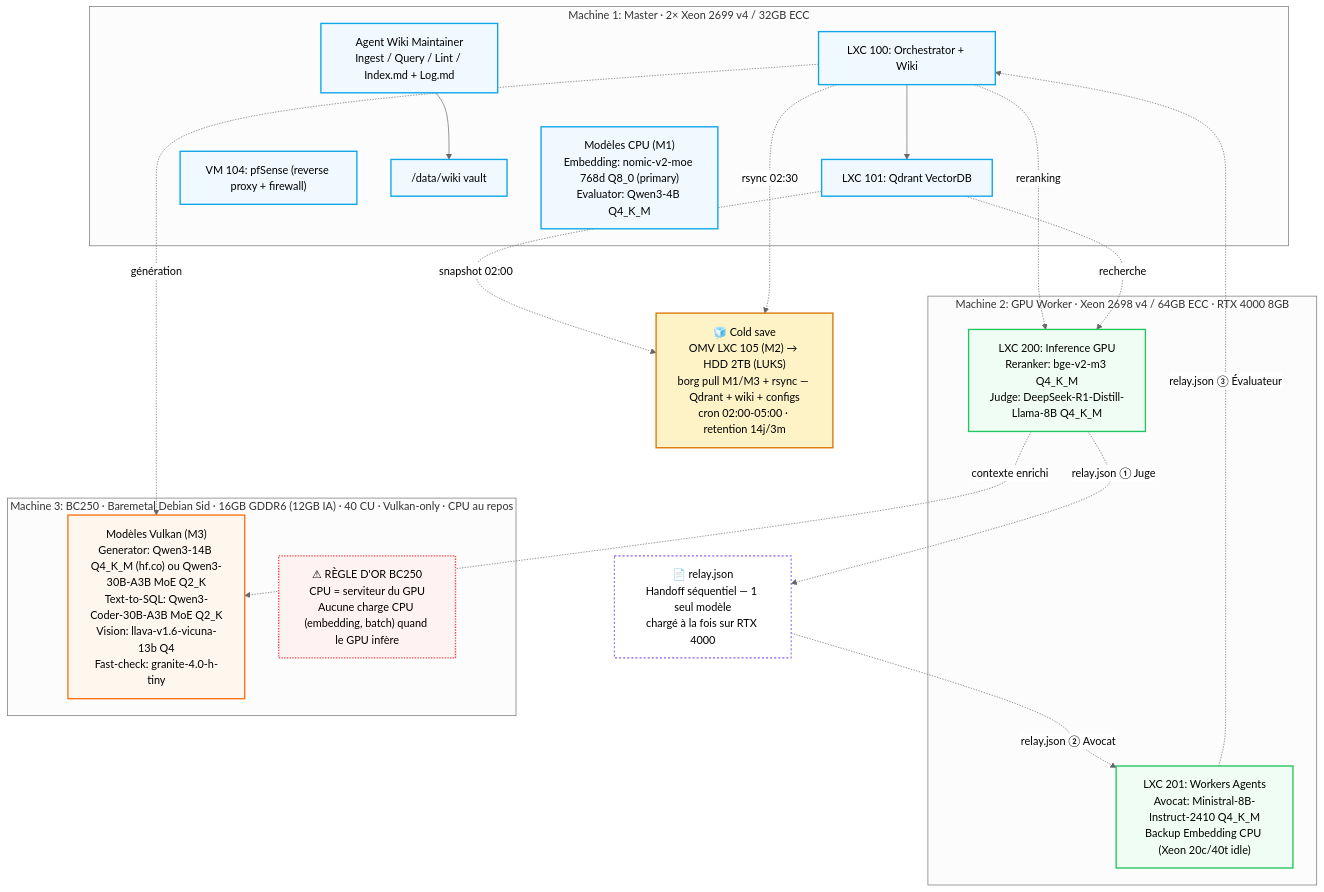
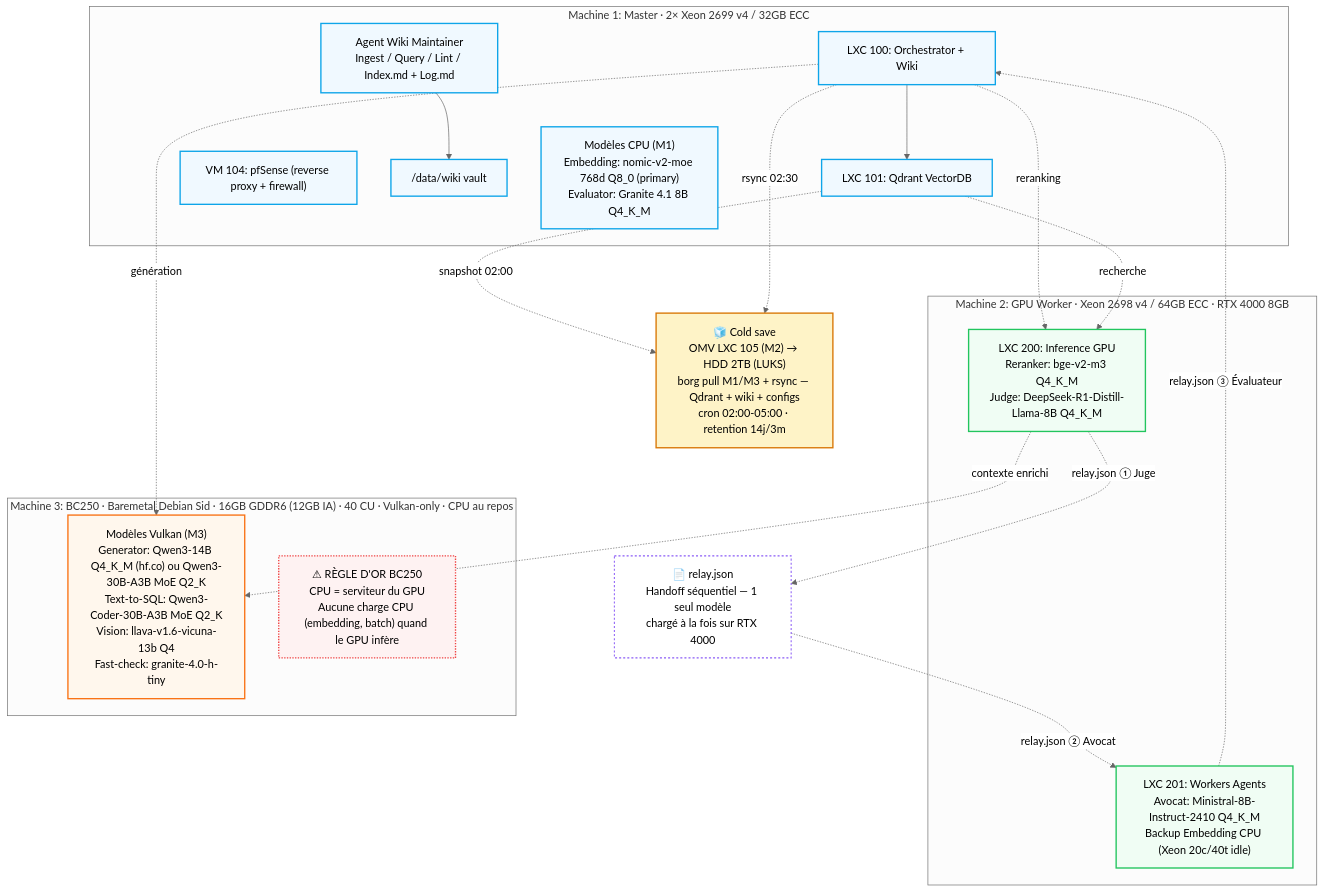
Before and after one commit to chelmooz/rag-multi-agent-cluster: the second of 2 diagrams in docs/architecture.md, drawn with Mermaid (neutral theme). The commit also changed other lines of this file and 12 other files, not shown here.

````diff
--- a/docs/architecture.md
+++ b/docs/architecture.md
@@ -83,44 +83,44 @@
 ```mermaid
 flowchart TB
     classDef m1 fill:#f0f9ff,stroke:#0ea5e9,stroke-width:2px
     classDef m2 fill:#f0fdf4,stroke:#22c55e,stroke-width:2px
     classDef m3 fill:#fff7ed,stroke:#f97316,stroke-width:2px
     classDef warn fill:#fef2f2,stroke:#ef4444,stroke-width:2px,stroke-dasharray: 2 2
     classDef cold fill:#fef3c7,stroke:#d97706,stroke-width:2px
     classDef op fill:#ffffff,stroke:#8b5cf6,stroke-width:1.5px,stroke-dasharray: 3 3
 
     subgraph Machine1["Machine 1: Master · 2× Xeon 2699 v4 / 32GB ECC"]
         M1_100["LXC 100: Orchestrator + Wiki"]:::m1
         M1_101["LXC 101: Qdrant VectorDB"]:::m1
         M1_104["VM 104: pfSense (reverse proxy + firewall)"]:::m1
         M1_vault["/data/wiki vault"]:::m1
-        M1_models["Modèles CPU (M1)<br/>Embedding: nomic-v2-moe 768d Q8_0 (primary)<br/>Evaluator: Qwen3-4B Q4_K_M"]:::m1
+        M1_models["Modèles CPU (M1)<br/>Embedding: nomic-v2-moe 768d Q8_0 (primary)<br/>Evaluator: Granite 4.1 8B Q4_K_M"]:::m1
         M1_wiki["Agent Wiki Maintainer<br/>Ingest / Query / Lint / Index.md + Log.md"]:::m1
     end
 
     subgraph Machine2["Machine 2: GPU Worker · Xeon 2698 v4 / 64GB ECC · RTX 4000 8GB"]
         M2_200["LXC 200: Inference GPU<br/>Reranker: bge-v2-m3 Q4_K_M<br/>Judge: DeepSeek-R1-Distill-Llama-8B Q4_K_M"]:::m2
         M2_201["LXC 201: Workers Agents<br/>Avocat: Ministral-8B-Instruct-2410 Q4_K_M<br/>Backup Embedding CPU (Xeon 20c/40t idle)"]:::m2
     end
 
     subgraph Machine3["Machine 3: BC250 · Baremetal Debian Sid · 16GB GDDR6 (12GB IA) · 40 CU · Vulkan-only · CPU au repos"]
         M3_models["Modèles Vulkan (M3)<br/>Generator: Qwen3-14B Q4_K_M (hf.co) ou Qwen3-30B-A3B MoE Q2_K<br/>Text-to-SQL: Qwen3-Coder-30B-A3B MoE Q2_K<br/>Vision: llava-v1.6-vicuna-13b Q4<br/>Fast-check: granite-4.0-h-tiny"]:::m3
         M3_warn["⚠ RÈGLE D'OR BC250<br/>CPU = serviteur du GPU<br/>Aucune charge CPU (embedding, batch) quand le GPU infère"]:::warn
     end
 
     Relay["📄 relay.json<br/>Handoff séquentiel — 1 seul modèle<br/>chargé à la fois sur RTX 4000"]:::op
 
     Cold["🧊 Cold save<br/>OMV LXC 105 (M2) → HDD 2TB (LUKS)<br/>borg pull M1/M3 + rsync — Qdrant + wiki + configs<br/>cron 02:00-05:00 · retention 14j/3m"]:::cold
 
     M1_100 --> M1_101
     M1_wiki --> M1_vault
     M1_100 -.->|reranking| M2_200
     M1_101 -.->|recherche| M2_200
     M2_200 -.->|relay.json ① Juge| Relay
     Relay -.->|relay.json ② Avocat| M2_201
     M2_201 -.->|relay.json ③ Évaluateur| M1_100
     M1_100 -.->|génération| M3_models
     M2_200 -.->|contexte enrichi| M3_models
     M1_101 -.->|snapshot 02:00| Cold
     M1_100 -.->|rsync 02:30| Cold
 ```
````
